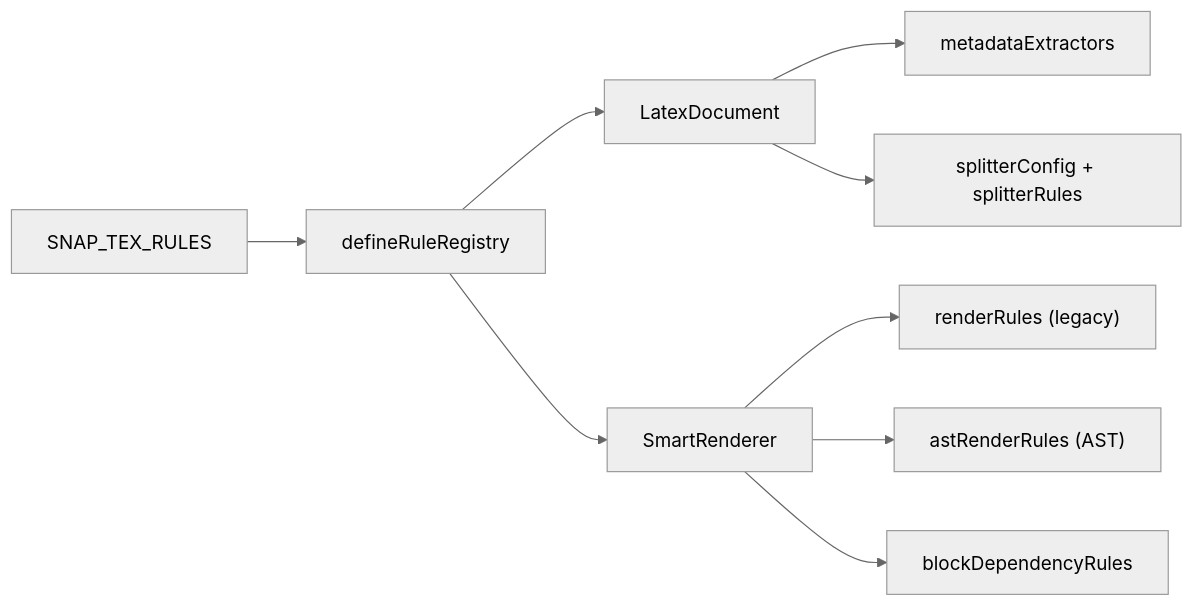
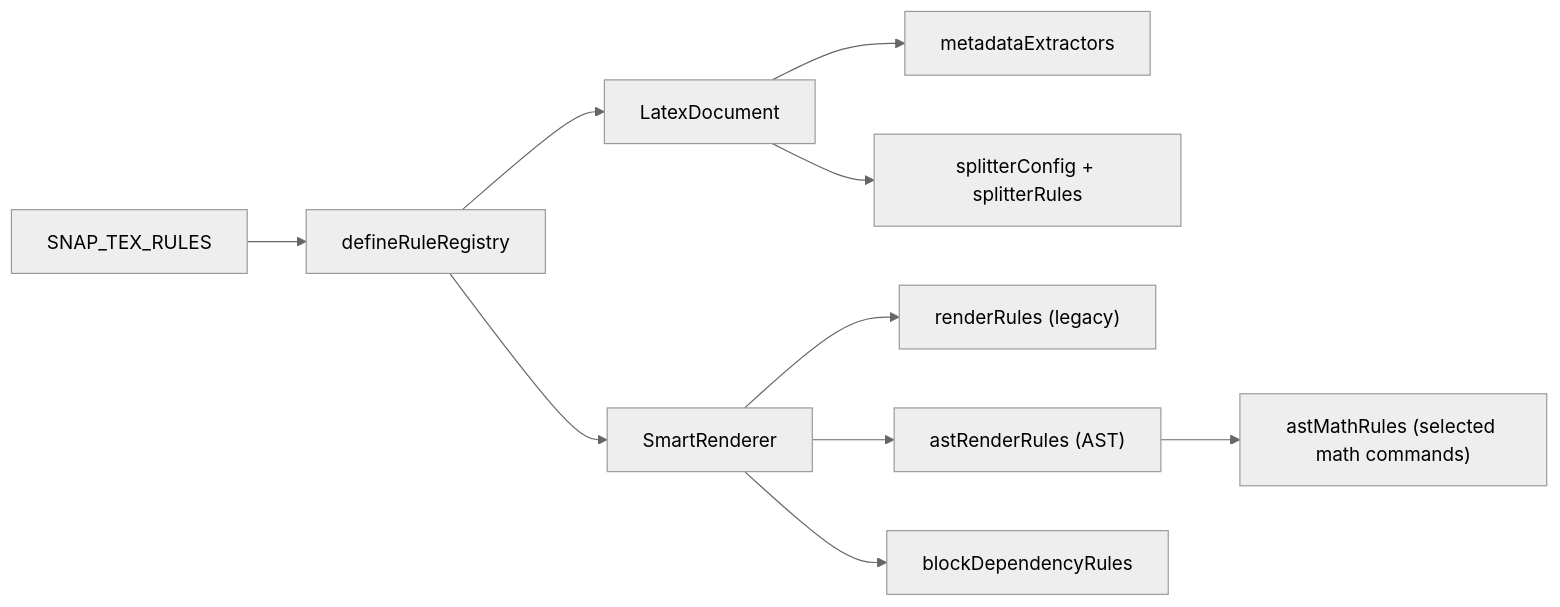
One commit to qianchd/SnapTeX changed the first of 7 diagrams in docs/extending/api/call-relationships.md. Above: the diagram before and after it, drawn with Mermaid (neutral theme). The commit also changed other lines of this file and 23 other files, not shown here.

Commit message:
fix(ast): make math source transforms extensible

````diff
--- a/docs/extending/api/call-relationships.md
+++ b/docs/extending/api/call-relationships.md
@@ -24,11 +25,12 @@
 ```mermaid
 flowchart LR
     R["SNAP_TEX_RULES"] --> D["defineRuleRegistry"]
     D --> L["LatexDocument"]
     D --> S["SmartRenderer"]
     L --> M["metadataExtractors"]
     L --> B["splitterConfig + splitterRules"]
     S --> P["renderRules (legacy)"]
     S --> A["astRenderRules (AST)"]
+    A --> AM["astMathRules (selected math commands)"]
     S --> X["blockDependencyRules"]
 ```
````
